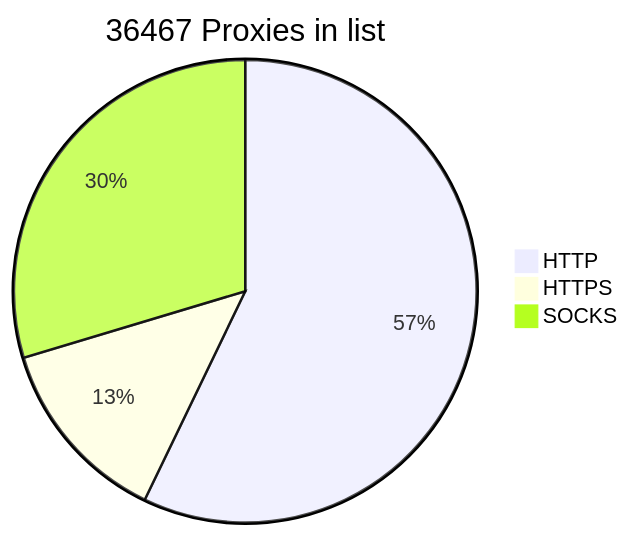
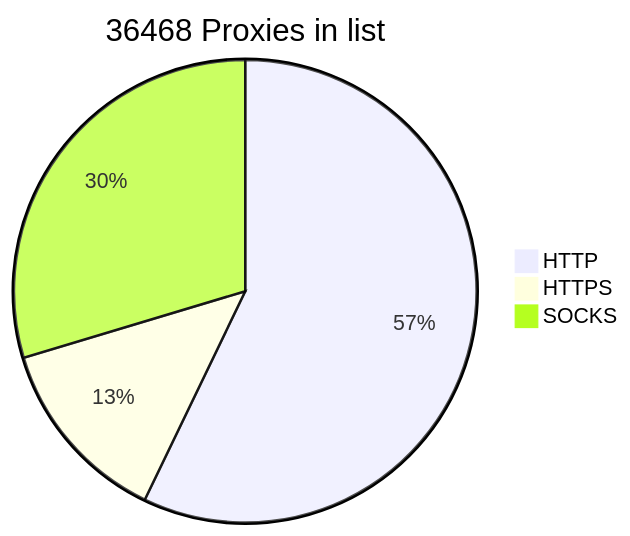
Before and after one commit to BlackSnowDot/proxylist-update-every-minute: the diagram in README.md, drawn with Mermaid.

````diff
--- a/README.md
+++ b/README.md
@@ -2,6 +2,6 @@
 ```mermaid
-pie title 36467 Proxies in list
+pie title 36468 Proxies in list
     "HTTP" : 23148
     "HTTPS": 5352
-    "SOCKS" : 12006
+    "SOCKS" : 12007
 ```
````
